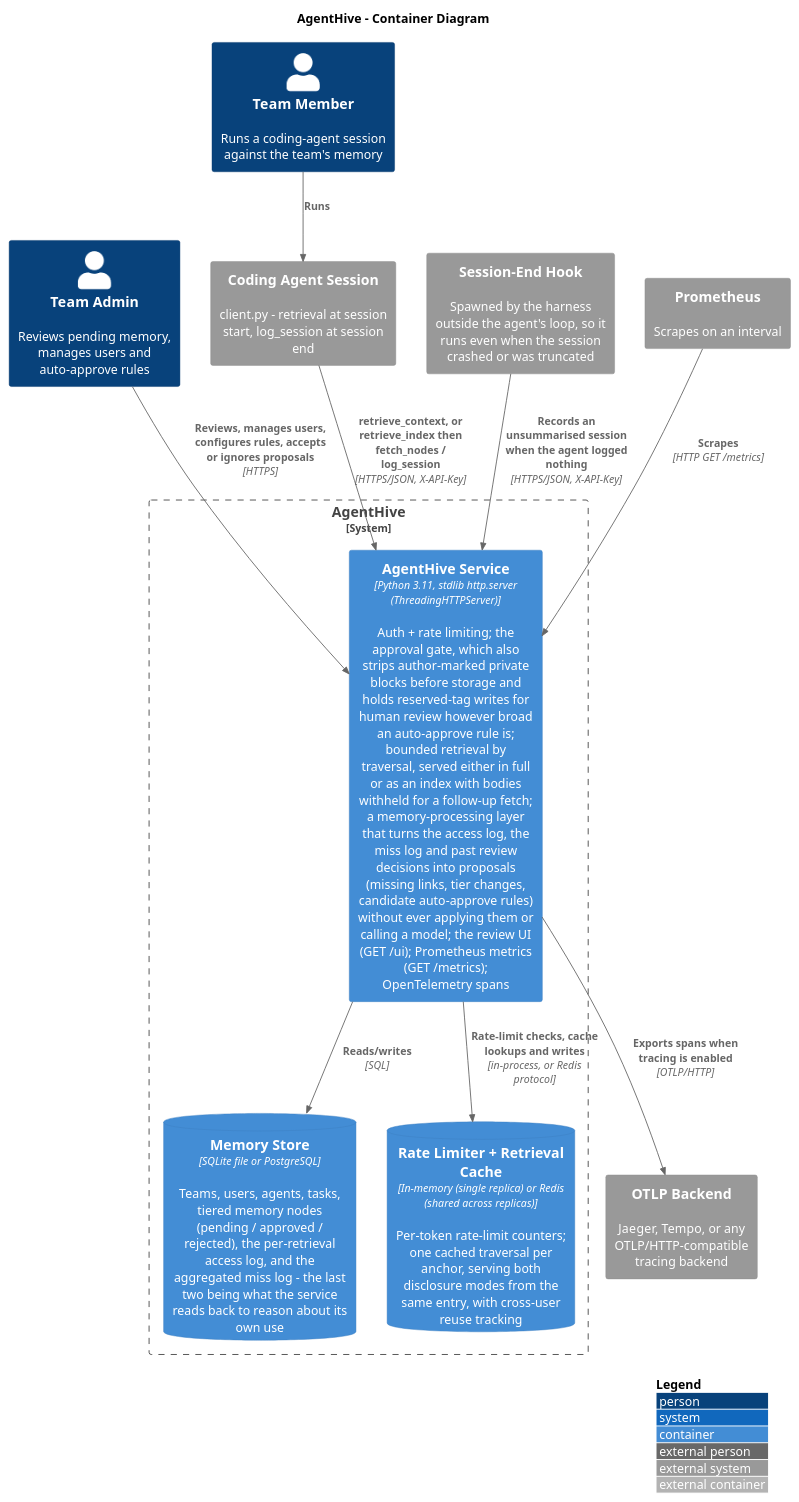
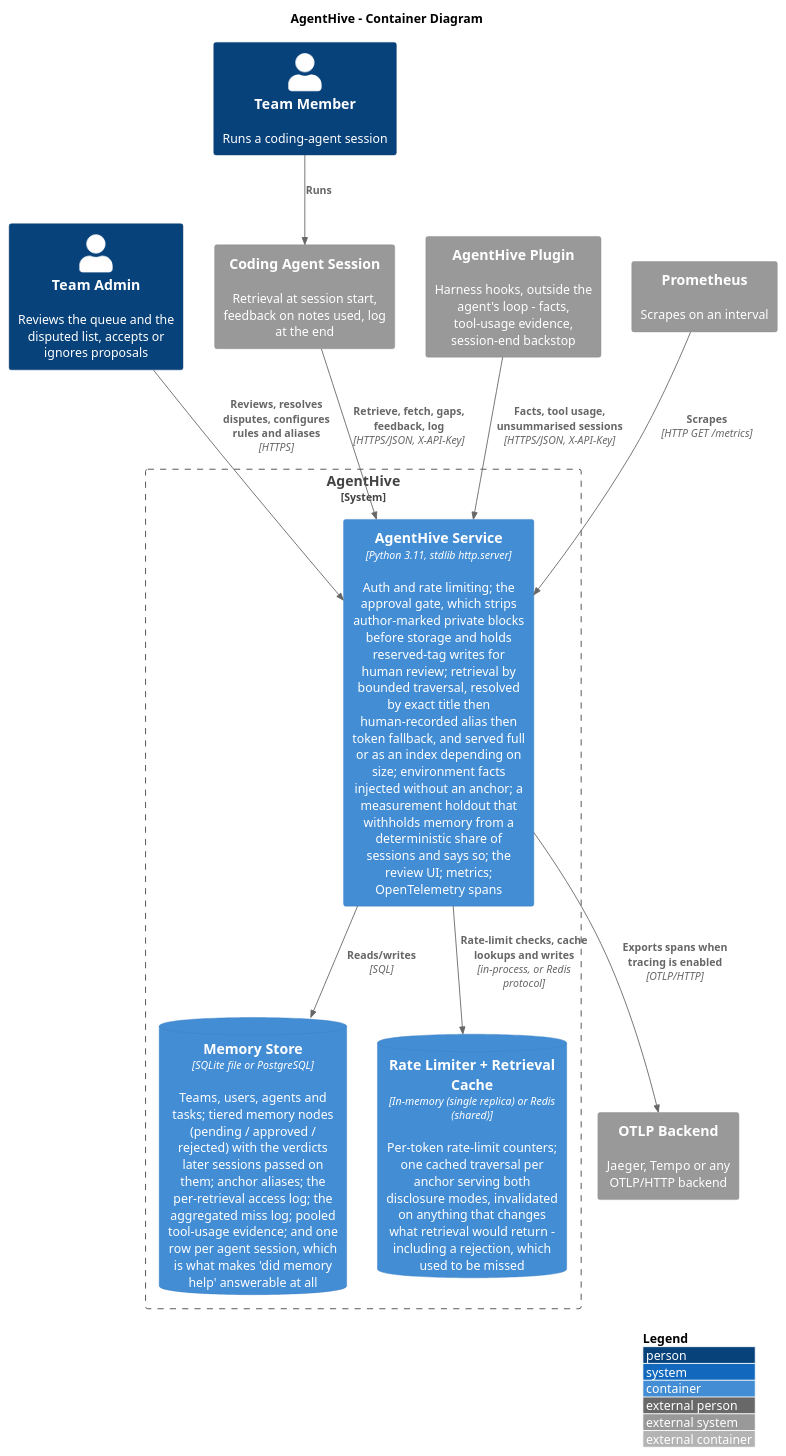
One commit to polarpoint-io/agenthive changed the diagram in docs/diagrams/c4-container.puml. Above: the diagram before and after it, drawn with PlantUML. The commit also changed 8 other files, not shown here.

First line of the commit message:
docs: refresh architecture diagrams, hero and reference docs

```diff
--- a/docs/diagrams/c4-container.puml
+++ b/docs/diagrams/c4-container.puml
@@ -1,30 +1,30 @@
 @startuml
 !include https://raw.githubusercontent.com/plantuml-stdlib/C4-PlantUML/master/C4_Container.puml
 
 LAYOUT_WITH_LEGEND()
 title AgentHive - Container Diagram
 
-Person(admin, "Team Admin", "Reviews pending memory, manages users and auto-approve rules")
-Person(member, "Team Member", "Runs a coding-agent session against the team's memory")
+Person(admin, "Team Admin", "Reviews the queue and the disputed list, accepts or ignores proposals")
+Person(member, "Team Member", "Runs a coding-agent session")
 
-System_Ext(coding_agent, "Coding Agent Session", "client.py - retrieval at session start, log_session at session end")
-System_Ext(session_hook, "Session-End Hook", "Spawned by the harness outside the agent's loop, so it runs even when the session crashed or was truncated")
-System_Ext(otel_backend, "OTLP Backend", "Jaeger, Tempo, or any OTLP/HTTP-compatible tracing backend")
+System_Ext(coding_agent, "Coding Agent Session", "Retrieval at session start, feedback on notes used, log at the end")
+System_Ext(plugin, "AgentHive Plugin", "Harness hooks, outside the agent's loop - facts, tool-usage evidence, session-end backstop")
+System_Ext(otel_backend, "OTLP Backend", "Jaeger, Tempo or any OTLP/HTTP backend")
 System_Ext(prometheus, "Prometheus", "Scrapes on an interval")
 
 System_Boundary(agenthive, "AgentHive") {
-  Container(api, "AgentHive Service", "Python 3.11, stdlib http.server (ThreadingHTTPServer)", "Auth + rate limiting; the approval gate, which also strips author-marked private blocks before storage and holds reserved-tag writes for human review however broad an auto-approve rule is; bounded retrieval by traversal, served either in full or as an index with bodies withheld for a follow-up fetch; a memory-processing layer that turns the access log, the miss log and past review decisions into proposals (missing links, tier changes, candidate auto-approve rules) without ever applying them or calling a model; the review UI (GET /ui); Prometheus metrics (GET /metrics); OpenTelemetry spans")
-  ContainerDb(db, "Memory Store", "SQLite file or PostgreSQL", "Teams, users, agents, tasks, tiered memory nodes (pending / approved / rejected), the per-retrieval access log, and the aggregated miss log - the last two being what the service reads back to reason about its own use")
-  ContainerDb(cache, "Rate Limiter + Retrieval Cache", "In-memory (single replica) or Redis (shared across replicas)", "Per-token rate-limit counters; one cached traversal per anchor, serving both disclosure modes from the same entry, with cross-user reuse tracking")
+  Container(api, "AgentHive Service", "Python 3.11, stdlib http.server", "Auth and rate limiting; the approval gate, which strips author-marked private blocks before storage and holds reserved-tag writes for human review; retrieval by bounded traversal, resolved by exact title then human-recorded alias then token fallback, and served full or as an index depending on size; environment facts injected without an anchor; a measurement holdout that withholds memory from a deterministic share of sessions and says so; the review UI; metrics; OpenTelemetry spans")
+  ContainerDb(db, "Memory Store", "SQLite file or PostgreSQL", "Teams, users, agents and tasks; tiered memory nodes (pending / approved / rejected) with the verdicts later sessions passed on them; anchor aliases; the per-retrieval access log; the aggregated miss log; pooled tool-usage evidence; and one row per agent session, which is what makes 'did memory help' answerable at all")
+  ContainerDb(cache, "Rate Limiter + Retrieval Cache", "In-memory (single replica) or Redis (shared)", "Per-token rate-limit counters; one cached traversal per anchor serving both disclosure modes, invalidated on anything that changes what retrieval would return - including a rejection, which used to be missed")
 }
 
 Rel(member, coding_agent, "Runs")
-Rel(coding_agent, api, "retrieve_context, or retrieve_index then fetch_nodes / log_session", "HTTPS/JSON, X-API-Key")
-Rel(session_hook, api, "Records an unsummarised session when the agent logged nothing", "HTTPS/JSON, X-API-Key")
-Rel(admin, api, "Reviews, manages users, configures rules, accepts or ignores proposals", "HTTPS")
+Rel(coding_agent, api, "Retrieve, fetch, gaps, feedback, log", "HTTPS/JSON, X-API-Key")
+Rel(plugin, api, "Facts, tool usage, unsummarised sessions", "HTTPS/JSON, X-API-Key")
+Rel(admin, api, "Reviews, resolves disputes, configures rules and aliases", "HTTPS")
 Rel(api, db, "Reads/writes", "SQL")
 Rel(api, cache, "Rate-limit checks, cache lookups and writes", "in-process, or Redis protocol")
 Rel(api, otel_backend, "Exports spans when tracing is enabled", "OTLP/HTTP")
 Rel(prometheus, api, "Scrapes", "HTTP GET /metrics")
 
 @enduml
```
